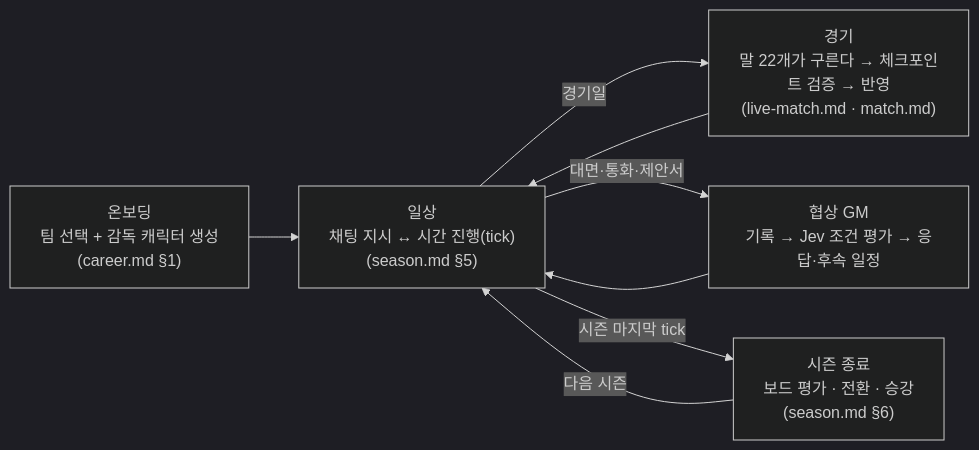
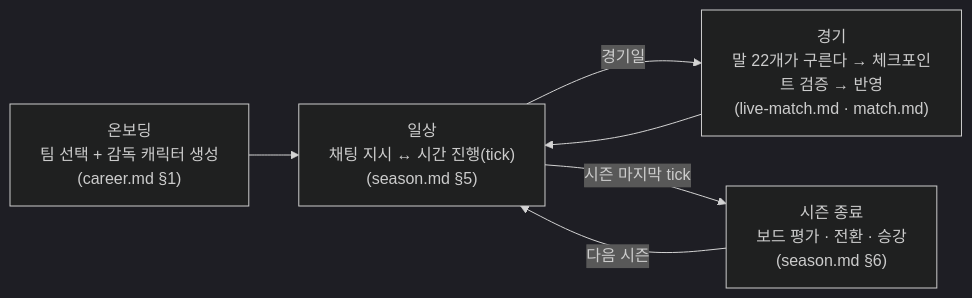
The second of 2 diagrams in docs/overview.md (dhoonjang/gaffer), drawn with Mermaid (dark theme) before and after one commit. The commit also changed other lines of this file and 350 other files, not shown here.

````diff
--- a/docs/overview.md
+++ b/docs/overview.md
@@ -229,10 +228,8 @@
 ```mermaid
 flowchart LR
   O["온보딩<br/>팀 선택 + 감독 캐릭터 생성<br/>(career.md §1)"] --> P["일상<br/>채팅 지시 ↔ 시간 진행(tick)<br/>(season.md §5)"]
   P -->|경기일| Q["경기<br/>말 22개가 구른다 → 체크포인트 검증 → 반영<br/>(live-match.md · match.md)"]
   Q --> P
-  P -->|대면·통화·제안서| N["협상 GM<br/>기록 → Jev 조건 평가 → 응답·후속 일정"]
-  N --> P
   P -->|시즌 마지막 tick| R["시즌 종료<br/>보드 평가 · 전환 · 승강<br/>(season.md §6)"]
   R -->|다음 시즌| P
 ```
````
